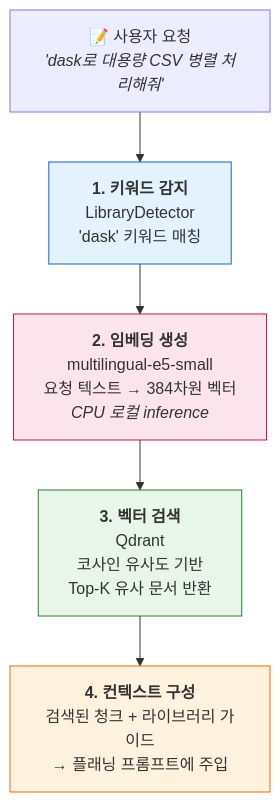
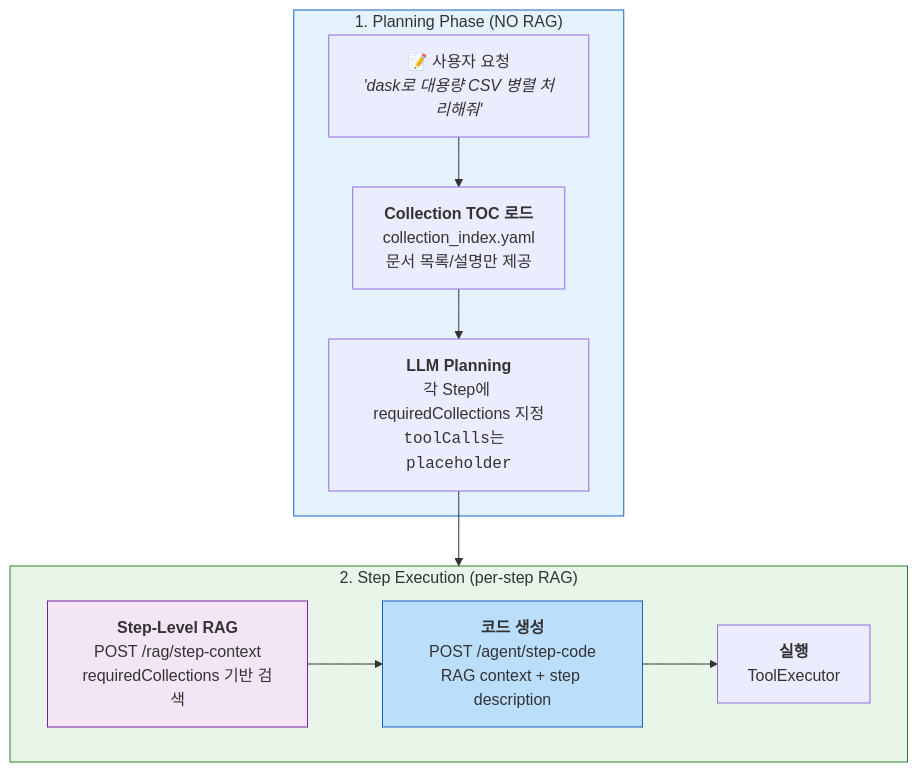
Before and after one commit to lks21c/hdsp_agent: the third of 8 diagrams in docs/agent_planning_flow.md, drawn with Mermaid. The commit also changed other lines of this file and 11 other files, not shown here.

First line of the commit message:
feat: Implement Step-Level RAG architecture

````diff
--- a/docs/agent_planning_flow.md
+++ b/docs/agent_planning_flow.md
@@ -154,21 +173,21 @@
 ```mermaid
 flowchart TD
-    Request["📝 사용자 요청<br/><i>'dask로 대용량 CSV 병렬 처리해줘'</i>"]
-    Request --> Detect
+    subgraph Planning["1. Planning Phase (NO RAG)"]
+        Request["📝 사용자 요청<br/><i>'dask로 대용량 CSV 병렬 처리해줘'</i>"]
+        Request --> TOC["<b>Collection TOC 로드</b><br/>collection_index.yaml<br/>문서 목록/설명만 제공"]
+        TOC --> Plan["<b>LLM Planning</b><br/>각 Step에 requiredCollections 지정<br/><code>toolCalls는 placeholder</code>"]
+    end
 
-    Detect["<b>1. 키워드 감지</b><br/>LibraryDetector<br/>'dask' 키워드 매칭"]
-    Detect --> Embed
+    Plan --> StepExec
 
-    Embed["<b>2. 임베딩 생성</b><br/>multilingual-e5-small<br/>요청 텍스트 → 384차원 벡터<br/><i>CPU 로컬 inference</i>"]
-    Embed --> Search
+    subgraph StepExec["2. Step Execution (per-step RAG)"]
+        RAG["<b>Step-Level RAG</b><br/>POST /rag/step-context<br/>requiredCollections 기반 검색"]
+        RAG --> CodeGen["<b>코드 생성</b><br/>POST /agent/step-code<br/>RAG context + step description"]
+        CodeGen --> Execute["<b>실행</b><br/>ToolExecutor"]
+    end
 
-    Search["<b>3. 벡터 검색</b><br/>Qdrant<br/>코사인 유사도 기반<br/>Top-K 유사 문서 반환"]
-    Search --> Context
-
-    Context["<b>4. 컨텍스트 구성</b><br/>검색된 청크 + 라이브러리 가이드<br/>→ 플래닝 프롬프트에 주입"]
-
-    style Detect fill:#e3f2fd,stroke:#1565c0
-    style Embed fill:#fce4ec,stroke:#c2185b
-    style Search fill:#e8f5e9,stroke:#2e7d32
-    style Context fill:#fff3e0,stroke:#ef6c00
+    style Planning fill:#e3f2fd,stroke:#1565c0
+    style StepExec fill:#e8f5e9,stroke:#2e7d32
+    style RAG fill:#f3e5f5,stroke:#7b1fa2
+    style CodeGen fill:#bbdefb,stroke:#1565c0
 ```
````
